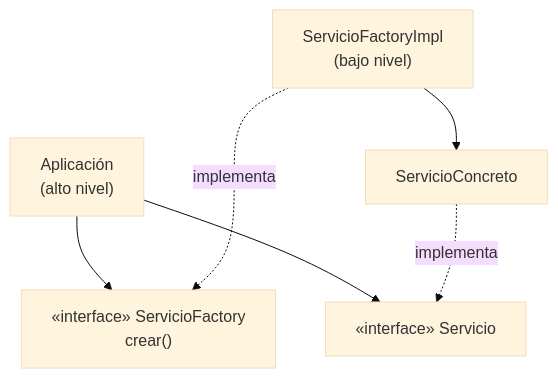
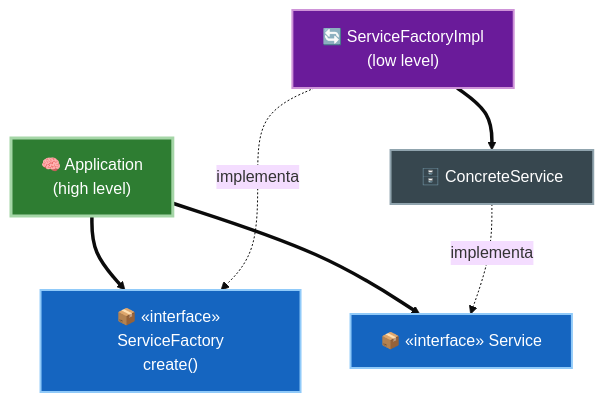
The third of 3 diagrams in 03-principios-solid/05-dip-dependency-inversion.md (JavierMachucaA/clean-architecture-guia), drawn with Mermaid (base theme) before and after one commit. The commit also changed other lines of this file and 45 other files, not shown here.

````diff
--- a/03-principios-solid/05-dip-dependency-inversion.md
+++ b/03-principios-solid/05-dip-dependency-inversion.md
@@ -59,8 +66,14 @@
 ```mermaid
 flowchart TD
-    APP["Aplicación<br/>(alto nivel)"] --> SF["«interface» ServicioFactory<br/>crear()"]
-    APP --> SVC["«interface» Servicio"]
-    SFI["ServicioFactoryImpl<br/>(bajo nivel)"] -.implementa.-> SF
-    SFI --> CONC["ServicioConcreto"]
+    APP["🧠 Application<br/>(high level)"] ==> SF["📦 «interface» ServiceFactory<br/>create()"]
+    APP ==> SVC["📦 «interface» Service"]
+    SFI["🔄 ServiceFactoryImpl<br/>(low level)"] -.implementa.-> SF
+    SFI ==> CONC["🗄️ ConcreteService"]
     CONC -.implementa.-> SVC
+
+    style APP fill:#2e7d32,stroke:#a5d6a7,color:#fff,stroke-width:3px
+    style SF fill:#1565c0,stroke:#90caf9,color:#fff,stroke-width:2px
+    style SVC fill:#1565c0,stroke:#90caf9,color:#fff,stroke-width:2px
+    style SFI fill:#6a1b9a,stroke:#ce93d8,color:#fff,stroke-width:2px
+    style CONC fill:#37474f,stroke:#90a4ae,color:#fff,stroke-width:2px
 ```
````
